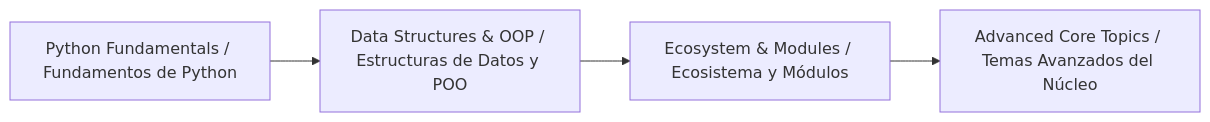
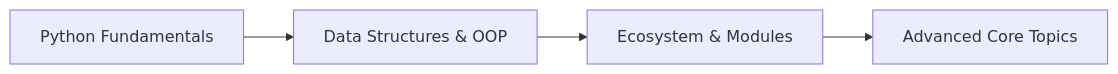
Before and after one commit to alanfabzlab/Developer-Knowledge-Base: the diagram in 🐍 Python/README.md, drawn with Mermaid. The commit also changed other lines of this file and 9 other files, not shown here.

````diff
--- a/🐍 Python/README.md
+++ b/🐍 Python/README.md
@@ -76,6 +57,6 @@
 ```mermaid
 flowchart LR
-    A[Python Fundamentals / Fundamentos de Python] --> B[Data Structures & OOP / Estructuras de Datos y POO]
-    B --> C[Ecosystem & Modules / Ecosistema y Módulos]
-    C --> D[Advanced Core Topics / Temas Avanzados del Núcleo]
+    A[Python Fundamentals] --> B[Data Structures & OOP]
+    B --> C[Ecosystem & Modules]
+    C --> D[Advanced Core Topics]
 ```
````
